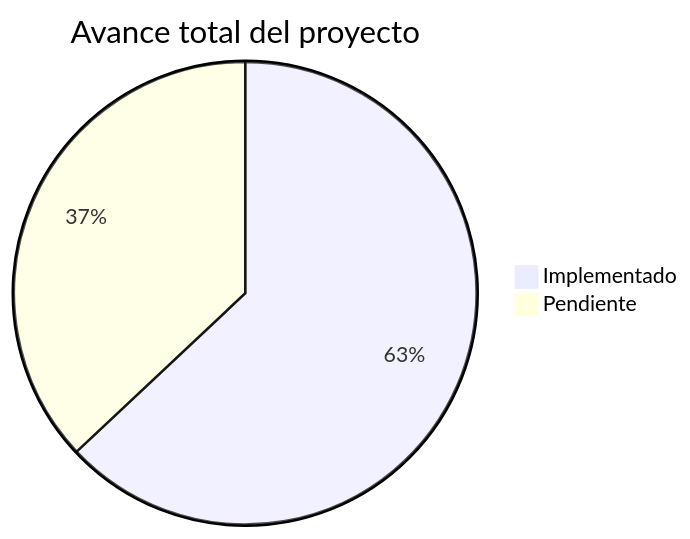
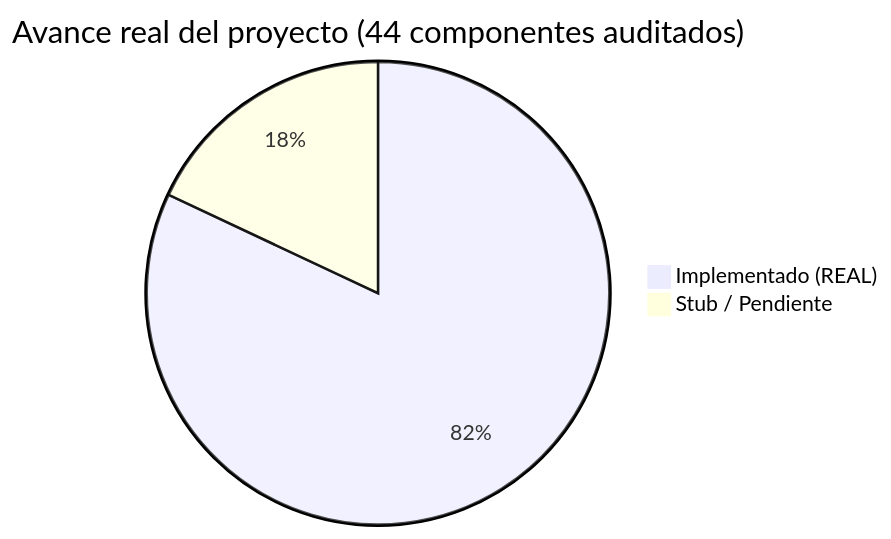
The first of 9 diagrams in .ai/nav-map.md (Brian7st/GastrosenaFrontend), drawn with Mermaid before and after one commit. The commit also changed other lines of this file, not shown here.

Commit message:
docs: auditoria real de componentes - 81.8% implementado verificado

````diff
--- a/.ai/nav-map.md
+++ b/.ai/nav-map.md
@@ -18,5 +21,5 @@
 ```mermaid
-pie title Avance total del proyecto
-    "Implementado" : 63
-    "Pendiente" : 37
+pie title Avance real del proyecto (44 componentes auditados)
+    "Implementado (REAL)" : 82
+    "Stub / Pendiente" : 18
 ```
````
